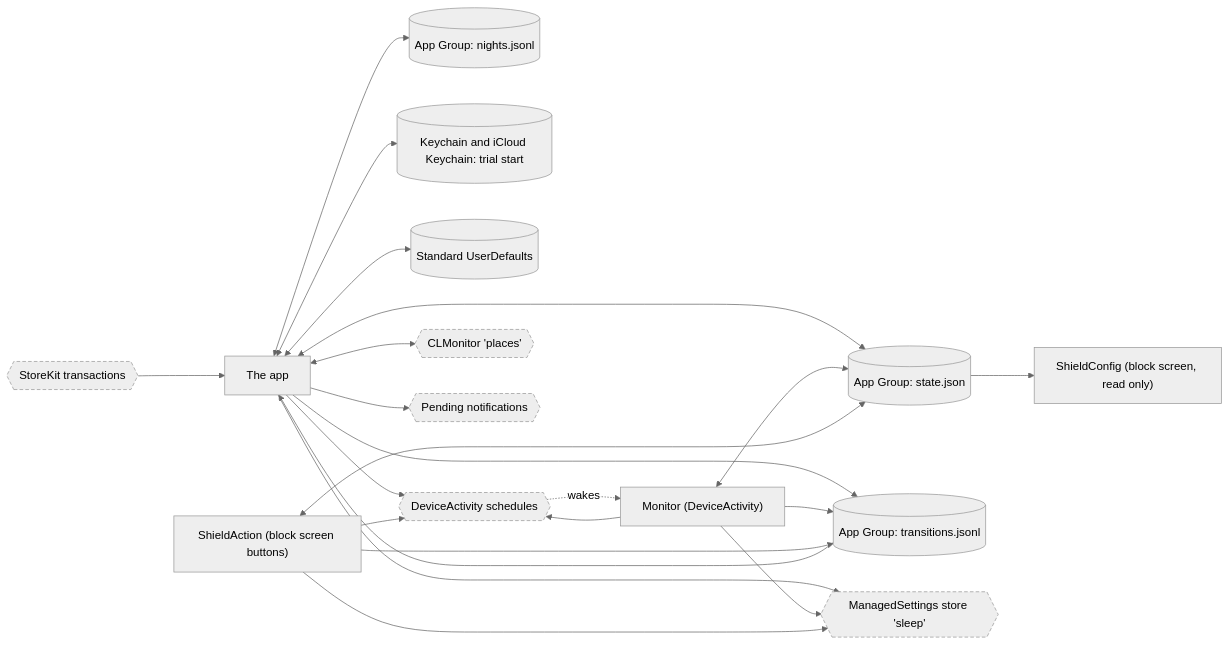
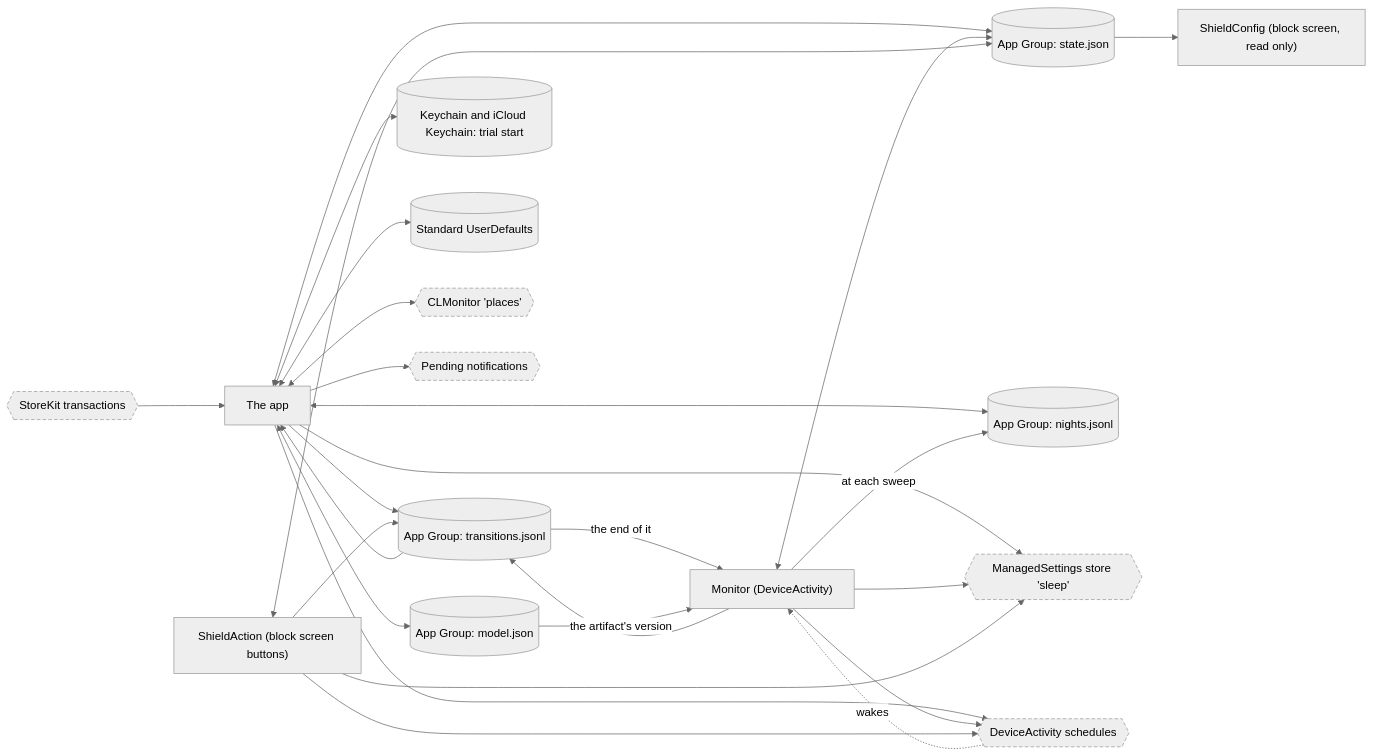
One commit to adit-rah/toll changed the diagram in docs/flows/data.md. Above: the diagram before and after it, drawn with Mermaid (neutral theme). The commit also changed other lines of this file and 2 other files, not shown here.

First line of the commit message:
Docs: data and its evolution; the inventory after #140; how a one-time flow is added

````diff
--- a/docs/flows/data.md
+++ b/docs/flows/data.md
@@ -11,40 +11,45 @@
 ```mermaid
 flowchart LR
   app["The app"]
   monitor["Monitor (DeviceActivity)"]
   action["ShieldAction (block screen buttons)"]
   config["ShieldConfig (block screen, read only)"]
   state[("App Group: state.json")]
   log[("App Group: transitions.jsonl")]
   nights[("App Group: nights.jsonl")]
+  model[("App Group: model.json")]
   keychain[("Keychain and iCloud Keychain: trial start")]
   defaults[("Standard UserDefaults")]
   shield{{"ManagedSettings store 'sleep'"}}
   schedules{{"DeviceActivity schedules"}}
   regions{{"CLMonitor 'places'"}}
   notes{{"Pending notifications"}}
   storekit{{"StoreKit transactions"}}
   app <--> state
   monitor <--> state
   action <--> state
   state --> config
   app --> log
   monitor --> log
   action --> log
   log --> app
+  log -->|"the end of it"| monitor
   app <--> nights
+  monitor -->|"at each sweep"| nights
+  app <--> model
+  model -->|"the artifact's version"| monitor
   app <--> keychain
   app <--> defaults
   app --> shield
   monitor --> shield
   action --> shield
   app --> schedules
   monitor --> schedules
   action --> schedules
   schedules -.->|"wakes"| monitor
   app <--> regions
   app --> notes
   storekit --> app
   classDef system stroke-dasharray: 5 3
   class shield,schedules,regions,notes,storekit system
 ```
````
